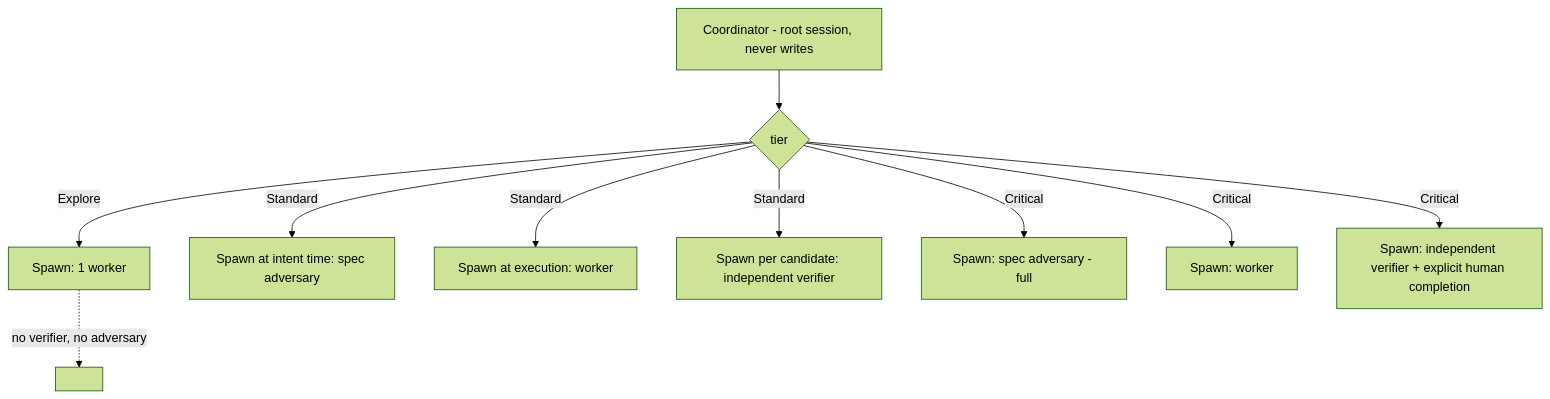
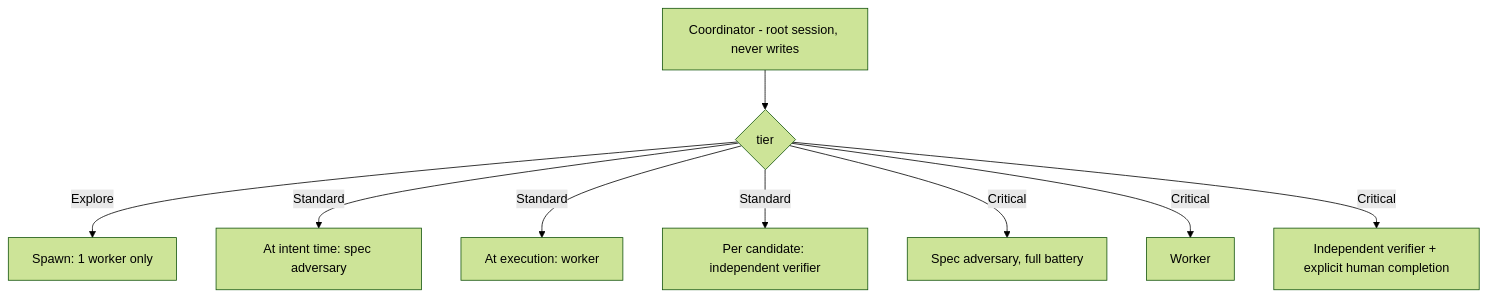
One commit to kaotypr/context-circuit-source changed the third of 7 diagrams in sources/context-circuit-vnext/diagrams.md. Above: the diagram before and after it, drawn with Mermaid (forest theme). The commit also changed other lines of this file and 3 other files, not shown here.

First line of the commit message:
docs(sources): clarify intent-to-plan relationship and annotate vNext diagrams

````diff
--- a/sources/context-circuit-vnext/diagrams.md
+++ b/sources/context-circuit-vnext/diagrams.md
@@ -55,12 +69,11 @@
 ```mermaid
 flowchart TD
     CO[Coordinator - root session, never writes] --> T{tier}
-    T -->|Explore| E1[Spawn: 1 worker]
-    T -->|Standard| S1[Spawn at intent time: spec adversary]
-    T -->|Standard| S2[Spawn at execution: worker]
-    T -->|Standard| S3[Spawn per candidate: independent verifier]
-    T -->|Critical| C1[Spawn: spec adversary - full]
-    T -->|Critical| C2[Spawn: worker]
-    T -->|Critical| C3[Spawn: independent verifier + explicit human completion]
-    E1 -.no verifier, no adversary.-> NOTE1[ ]
+    T -->|Explore| E1[Spawn: 1 worker only]
+    T -->|Standard| S1[At intent time: spec adversary]
+    T -->|Standard| S2[At execution: worker]
+    T -->|Standard| S3[Per candidate: independent verifier]
+    T -->|Critical| C1[Spec adversary, full battery]
+    T -->|Critical| C2[Worker]
+    T -->|Critical| C3[Independent verifier + explicit human completion]
 ```
````
